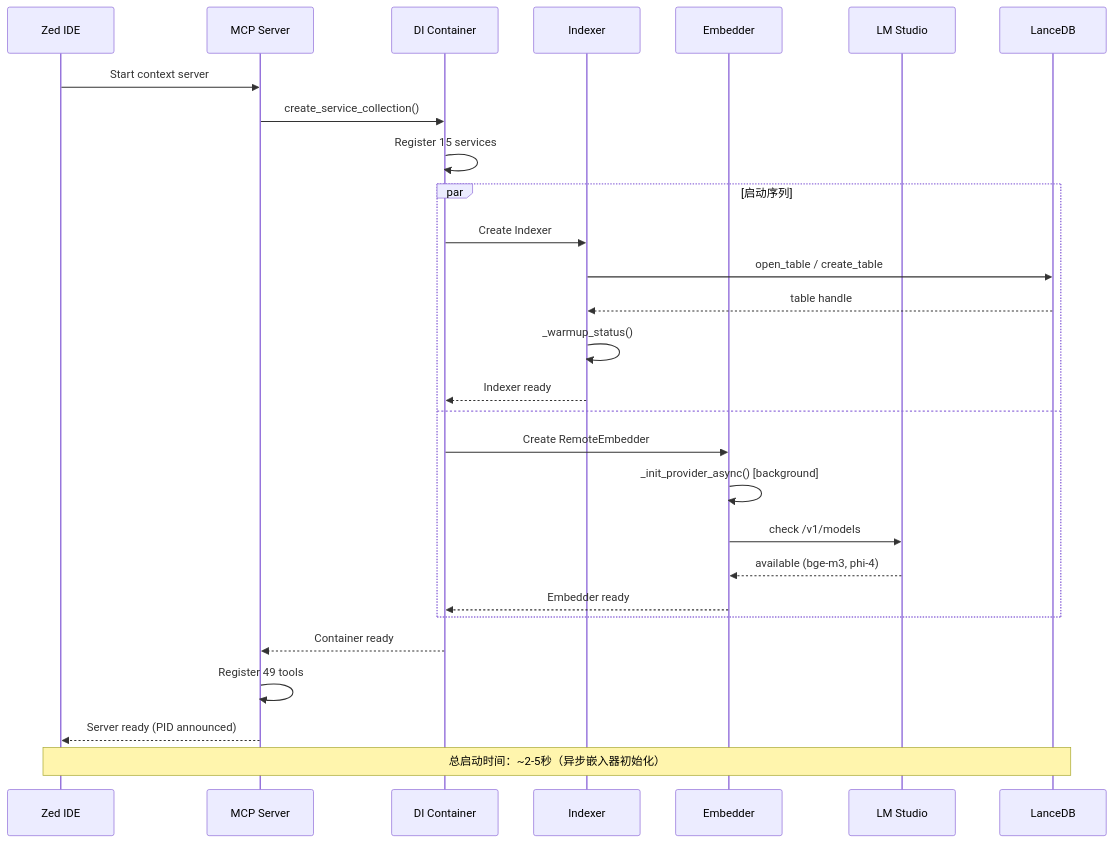
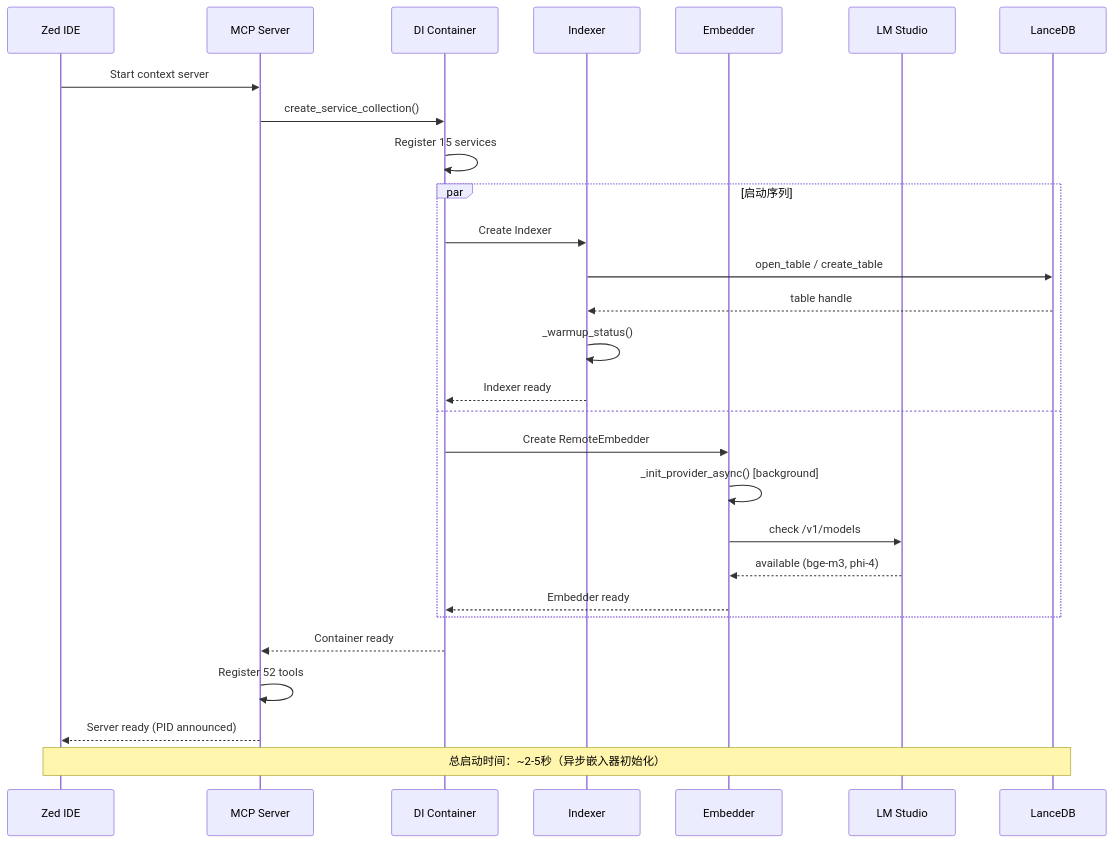
The fifth of 8 diagrams in docs/zh/ARCHITECTURE_DEEP.md (ManSio/mscodebase-intelligence), drawn with Mermaid before and after one commit. The commit also changed other lines of this file and 43 other files, not shown here.

````diff
--- a/docs/zh/ARCHITECTURE_DEEP.md
+++ b/docs/zh/ARCHITECTURE_DEEP.md
@@ -178,34 +178,34 @@
 ```mermaid
 sequenceDiagram
     participant Zed as Zed IDE
     participant MCP as MCP Server
     participant DI as DI Container
     participant IX as Indexer
     participant EM as Embedder
     participant LM as LM Studio
     participant DB as LanceDB
 
     Zed->>MCP: Start context server
     MCP->>DI: create_service_collection()
     DI->>DI: Register 15 services
     
     par 启动序列
         DI->>IX: Create Indexer
         IX->>DB: open_table / create_table
         DB-->>IX: table handle
         IX->>IX: _warmup_status()
         IX-->>DI: Indexer ready
     and
         DI->>EM: Create RemoteEmbedder
         EM->>EM: _init_provider_async() [background]
         EM->>LM: check /v1/models
         LM-->>EM: available (bge-m3, phi-4)
         EM-->>DI: Embedder ready
     end
     
     DI-->>MCP: Container ready
-    MCP->>MCP: Register 49 tools
+    MCP->>MCP: Register 52 tools
     MCP-->>Zed: Server ready (PID announced)
     
     Note over Zed,DB: 总启动时间：~2-5秒（异步嵌入器初始化）
 ```
````
